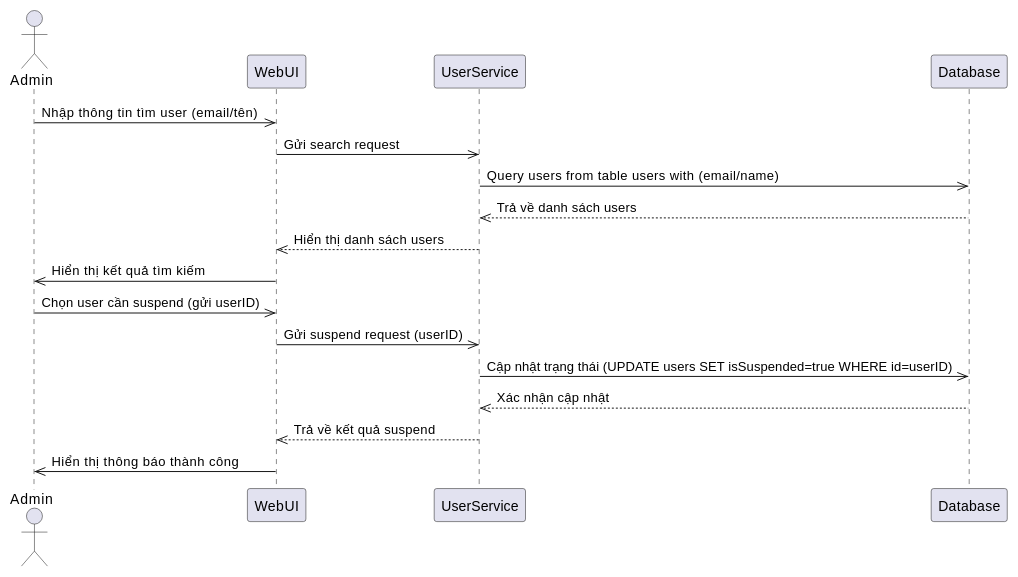
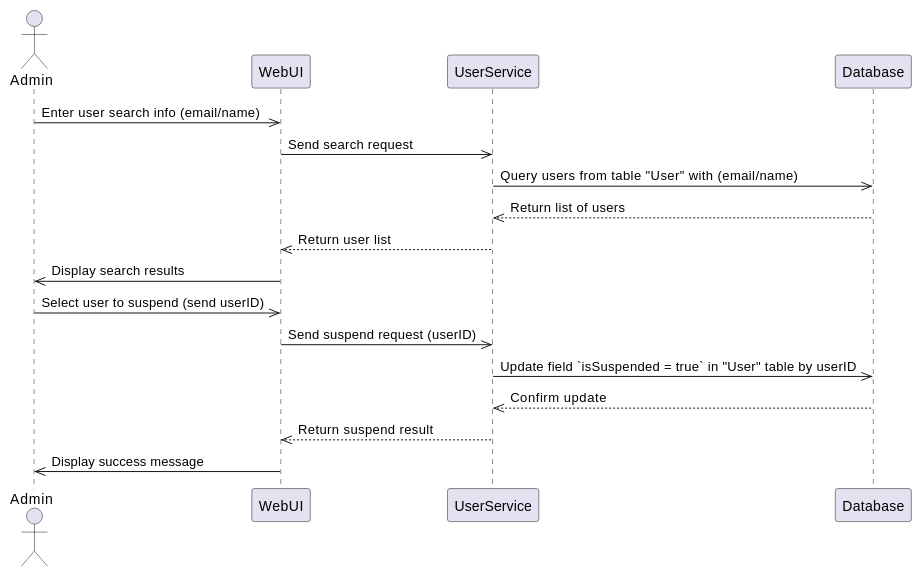
The diagram in diagram/Suspenduser_sequence.md (twicelike/project-newjeans), drawn with PlantUML before and after one commit. The commit also changed 6 other files, not shown here.

````diff
--- a/diagram/Suspenduser_sequence.md
+++ b/diagram/Suspenduser_sequence.md
@@ -1,22 +1,22 @@
 ```uml
 @startuml
 actor Admin
-    participant WebUI
-    participant UserService
-    participant Database
+participant WebUI
+participant UserService
+participant Database
 
-    Admin->>WebUI: Nhập thông tin tìm user (email/tên)
-    WebUI->>UserService: Gửi search request
-    UserService->>Database: Query users from table users with (email/name)
-    Database-->>UserService: Trả về danh sách users
-    UserService-->>WebUI: Hiển thị danh sách users
-    WebUI->>Admin: Hiển thị kết quả tìm kiếm
+Admin ->> WebUI: Enter user search info (email/name)
+WebUI ->> UserService: Send search request
+UserService ->> Database: Query users from table "User" with (email/name)
+Database -->> UserService: Return list of users
+UserService -->> WebUI: Return user list
+WebUI ->> Admin: Display search results
 
-    Admin->>WebUI: Chọn user cần suspend (gửi userID)
-    WebUI->>UserService: Gửi suspend request (userID)
-    UserService->>Database: Cập nhật trạng thái (UPDATE users SET isSuspended=true WHERE id=userID)
-    Database-->>UserService: Xác nhận cập nhật
-    UserService-->>WebUI: Trả về kết quả suspend
-    WebUI->>Admin: Hiển thị thông báo thành công
+Admin ->> WebUI: Select user to suspend (send userID)
+WebUI ->> UserService: Send suspend request (userID)
+UserService ->> Database: Update field `isSuspended = true` in "User" table by userID
+Database -->> UserService: Confirm update
+UserService -->> WebUI: Return suspend result
+WebUI ->> Admin: Display success message
 @enduml
 ```
````
